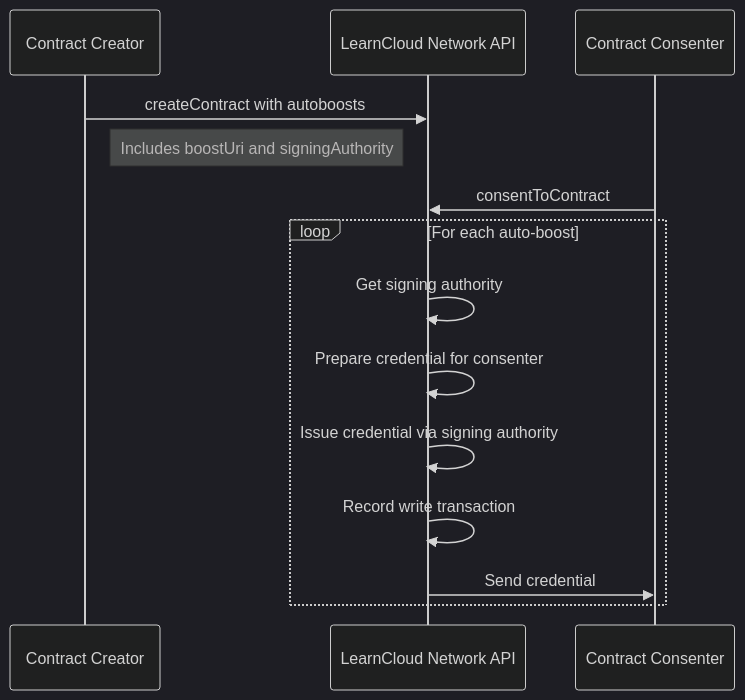
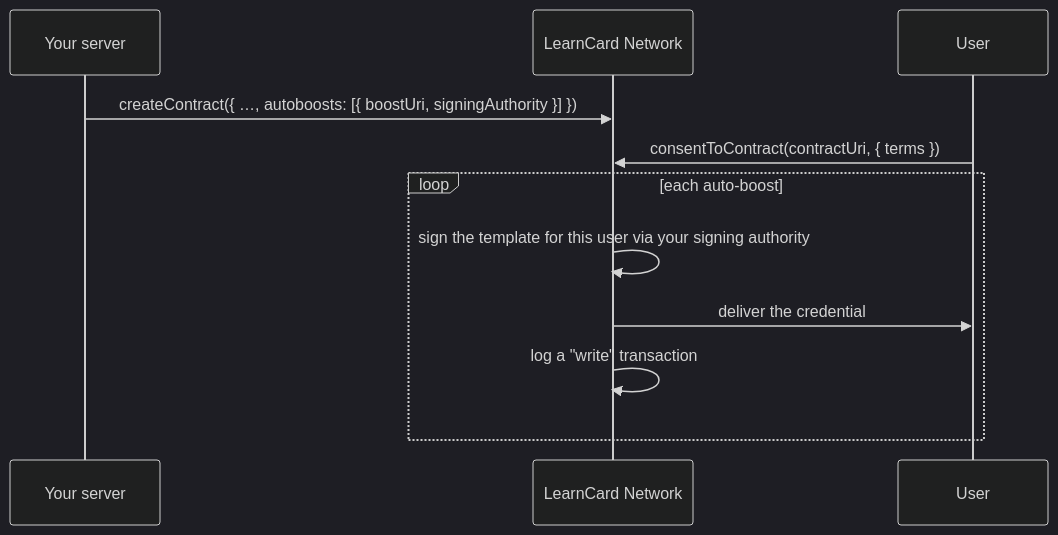
The diagram in docs/core-concepts/consent-and-permissions/auto-boosts.md (learningeconomy/LearnCard), drawn with Mermaid (dark theme) before and after one commit. The commit also changed other lines of this file and 20 other files, not shown here.

````diff
--- a/docs/core-concepts/consent-and-permissions/auto-boosts.md
+++ b/docs/core-concepts/consent-and-permissions/auto-boosts.md
@@ -9,19 +7,13 @@
 ```mermaid
 sequenceDiagram
-    participant Creator as Contract Creator
-    participant API as LearnCloud Network API
-    participant Consenter as Contract Consenter
-
-    Creator->>API: createContract with autoboosts
-    Note right of Creator: Includes boostUri and signingAuthority
-
-    Consenter->>API: consentToContract
-
-    loop For each auto-boost
-        API->>API: Get signing authority
-        API->>API: Prepare credential for consenter
-        API->>API: Issue credential via signing authority
-        API->>API: Record write transaction
-        API->>Consenter: Send credential
+    participant You as Your server
+    participant Net as LearnCard Network
+    participant User
+    You->>Net: createContract({ …, autoboosts: [{ boostUri, signingAuthority }] })
+    User->>Net: consentToContract(contractUri, { terms })
+    loop each auto-boost
+        Net->>Net: sign the template for this user via your signing authority
+        Net->>User: deliver the credential
+        Net->>Net: log a "write" transaction
     end
 ```
````
